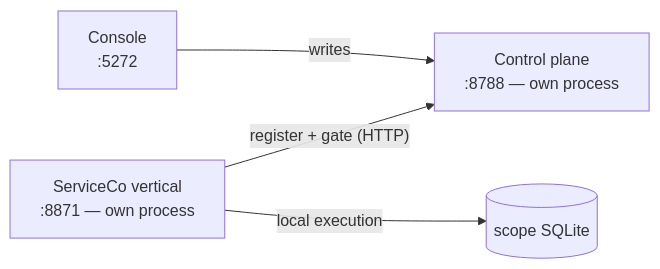
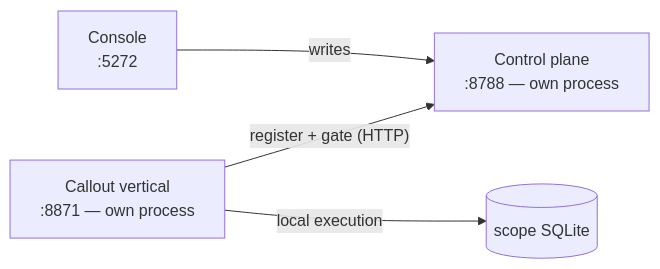
Before and after one commit to markusahlstrand/chassis: the second of 2 diagrams in apps/docs/guide/running-locally.md, drawn with Mermaid. The commit also changed other lines of this file and 201 other files, not shown here.

````diff
--- a/apps/docs/guide/running-locally.md
+++ b/apps/docs/guide/running-locally.md
@@ -169,6 +169,6 @@
 ```mermaid
 flowchart LR
   CO["Console<br/>:5272"] -->|writes| CP["Control plane<br/>:8788 — own process"]
-  V["ServiceCo vertical<br/>:8871 — own process"] -->|"register + gate (HTTP)"| CP
+  V["Callout vertical<br/>:8871 — own process"] -->|"register + gate (HTTP)"| CP
   V -->|local execution| DB[("scope SQLite")]
 ```
````
